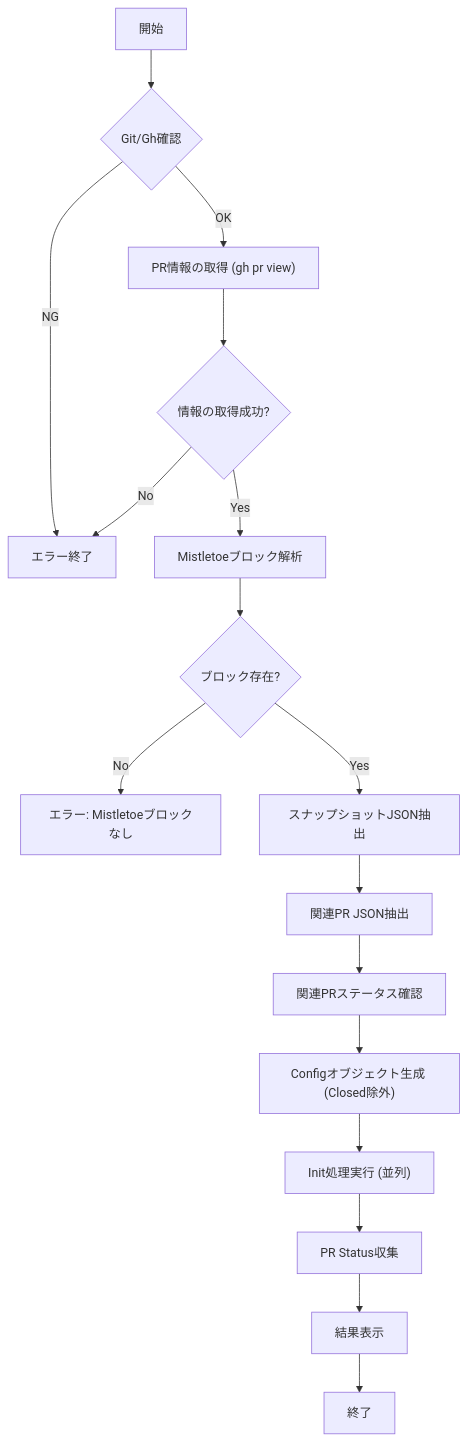
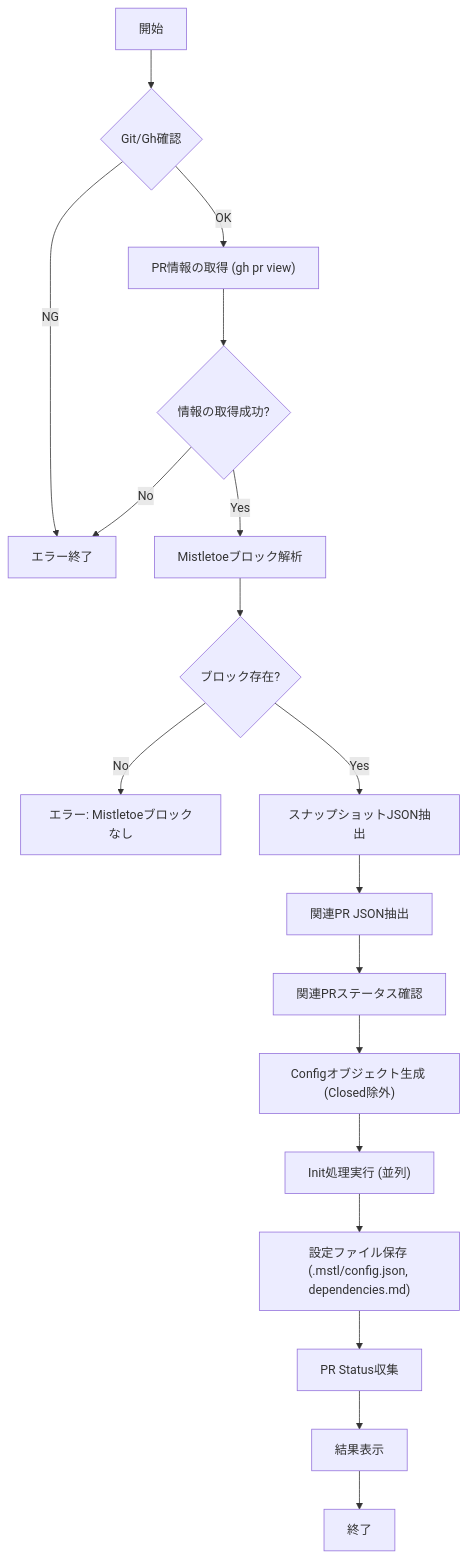
One commit to keiji/mistletoe changed the diagram in docs/internal/app/pr_checkout.md. Above: the diagram before and after it, drawn with Mermaid. The commit also changed other lines of this file and 4 other files, not shown here.

First line of the commit message:
pr checkout: Save config.json and dependencies.md to .mstl directory

````diff
--- a/docs/internal/app/pr_checkout.md
+++ b/docs/internal/app/pr_checkout.md
@@ -47,19 +51,20 @@
 ```mermaid
 flowchart TD
     Start["開始"] --> CheckEnv{"Git/Gh確認"}
     CheckEnv -- NG --> ErrorEnv["エラー終了"]
     CheckEnv -- OK --> GetPRInfo["PR情報の取得 (gh pr view)"]
     GetPRInfo --> CheckInfo{"情報の取得成功?"}
     CheckInfo -- No --> ErrorEnv
     CheckInfo -- Yes --> ParseBlock["Mistletoeブロック解析"]
     ParseBlock --> CheckBlock{"ブロック存在?"}
     CheckBlock -- No --> ErrorBlock["エラー: Mistletoeブロックなし"]
     CheckBlock -- Yes --> ExtractSnap["スナップショットJSON抽出"]
     ExtractSnap --> ExtractRel["関連PR JSON抽出"]
     ExtractRel --> CheckRelStatus["関連PRステータス確認"]
     CheckRelStatus --> FilterConfig["Configオブジェクト生成 (Closed除外)"]
     FilterConfig --> ExecInit["Init処理実行 (並列)"]
-    ExecInit --> CollectStatus["PR Status収集"]
+    ExecInit --> SaveConfig["設定ファイル保存 (.mstl/config.json, dependencies.md)"]
+    SaveConfig --> CollectStatus["PR Status収集"]
     CollectStatus --> ShowResult["結果表示"]
     ShowResult --> End["終了"]
 ```
````
